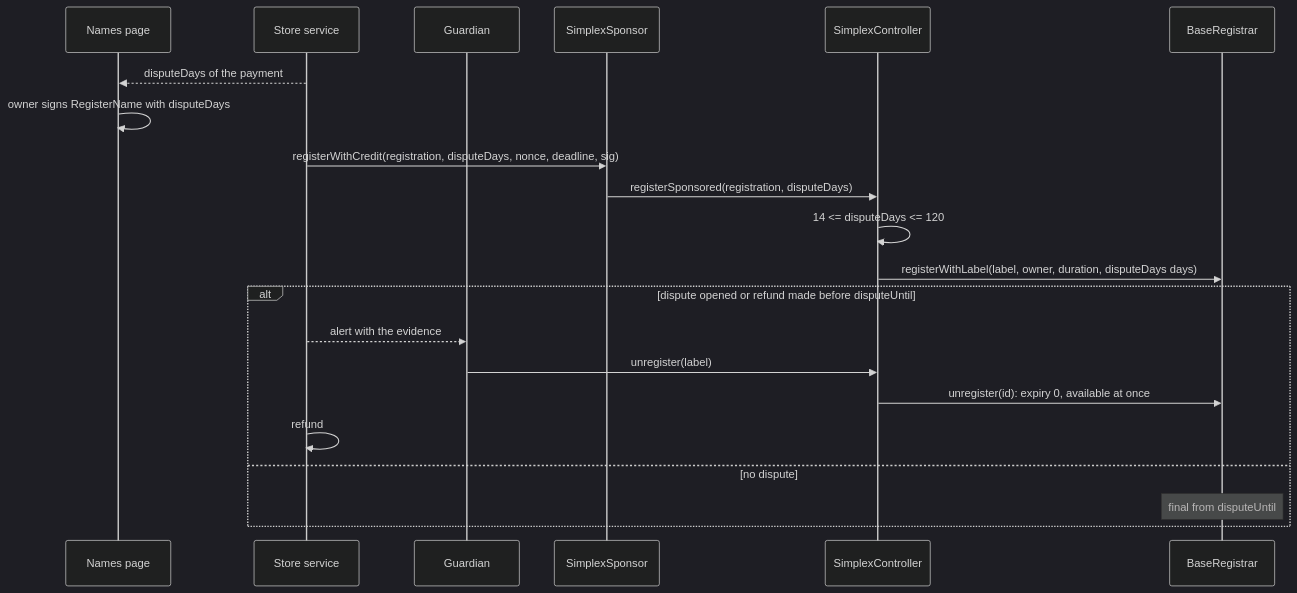
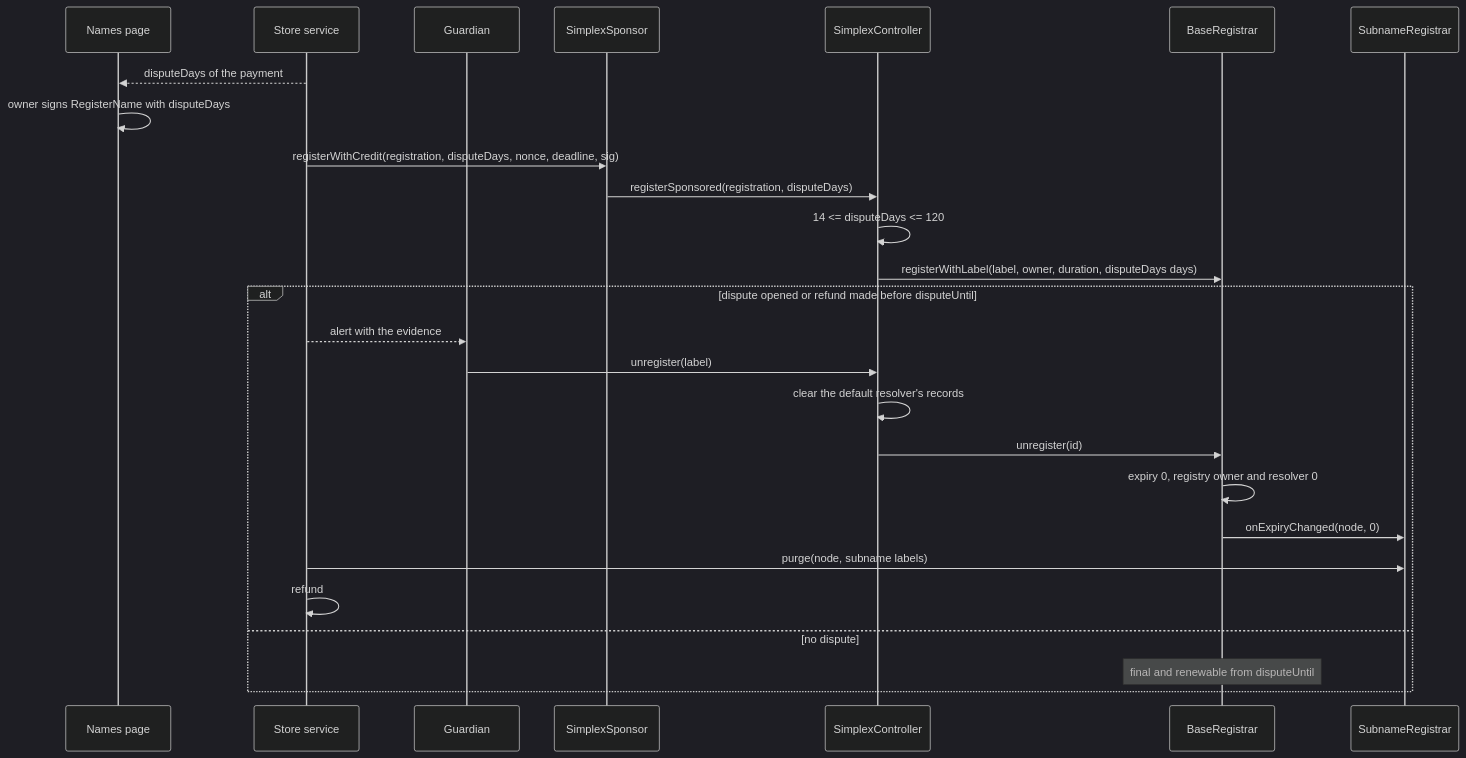
Before and after one commit to brenzi/simplex-namespace-contract: the second of 3 diagrams in docs/plans/dispute-period.md, drawn with Mermaid (dark theme). The commit also changed other lines of this file and 2 other files, not shown here.

Commit message:
docs: dispute period after review: renewals from disputeUntil, resolver reset, freeze guarantee

````diff
--- a/docs/plans/dispute-period.md
+++ b/docs/plans/dispute-period.md
@@ -85,23 +93,28 @@
 ```mermaid
 sequenceDiagram
   participant P as Names page
   participant S as Store service
   participant G as Guardian
   participant Sp as SimplexSponsor
   participant C as SimplexController
   participant R as BaseRegistrar
+  participant N as SubnameRegistrar
   S-->>P: disputeDays of the payment
   P->>P: owner signs RegisterName with disputeDays
   S->>Sp: registerWithCredit(registration, disputeDays, nonce, deadline, sig)
   Sp->>C: registerSponsored(registration, disputeDays)
   C->>C: 14 <= disputeDays <= 120
   C->>R: registerWithLabel(label, owner, duration, disputeDays days)
   alt dispute opened or refund made before disputeUntil
     S-->>G: alert with the evidence
     G->>C: unregister(label)
-    C->>R: unregister(id): expiry 0, available at once
+    C->>C: clear the default resolver's records
+    C->>R: unregister(id)
+    R->>R: expiry 0, registry owner and resolver 0
+    R->>N: onExpiryChanged(node, 0)
+    S->>N: purge(node, subname labels)
     S->>S: refund
   else no dispute
-    Note over R: final from disputeUntil
+    Note over R: final and renewable from disputeUntil
   end
 ```
````
